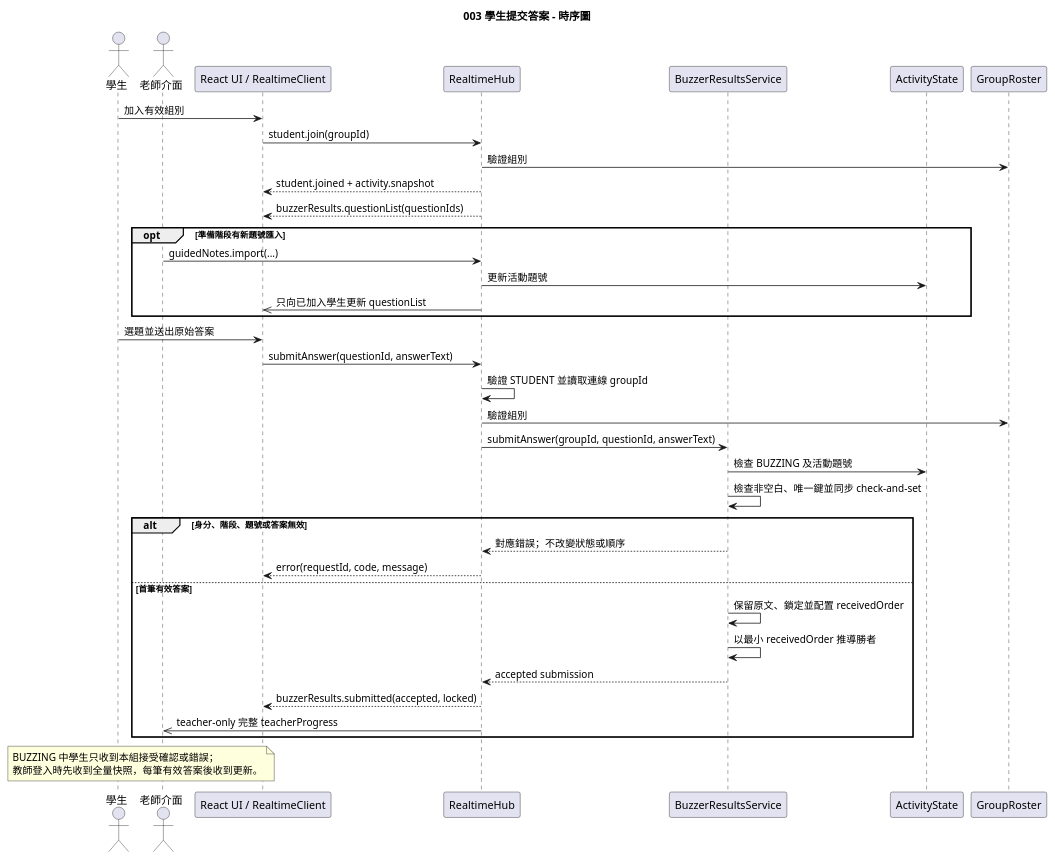
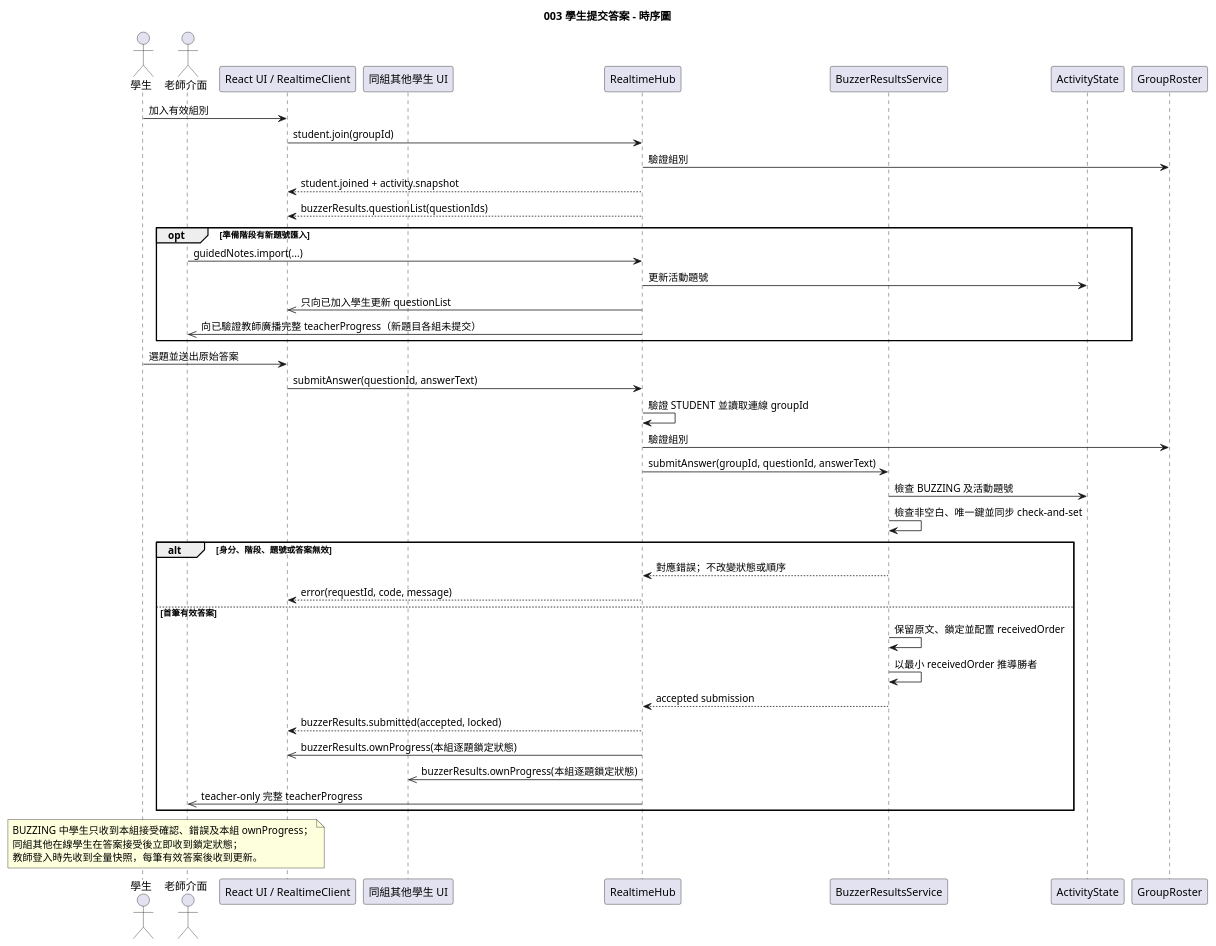
One commit to ncuyvonne/speckit-buzzer changed the diagram in diagrams/003-buzzer-results-sequence-submit.puml. Above: the diagram before and after it, drawn with PlantUML. The commit also changed 18 other files, not shown here.

```diff
--- a/diagrams/003-buzzer-results-sequence-submit.puml
+++ b/diagrams/003-buzzer-results-sequence-submit.puml
@@ -1,45 +1,50 @@
 @startuml
 title 003 學生提交答案 - 時序圖
 actor "學生" as Student
 actor "老師介面" as TeacherUI
 participant "React UI / RealtimeClient" as UI
+participant "同組其他學生 UI" as GroupUI
 participant "RealtimeHub" as Hub
 participant "BuzzerResultsService" as Results
 participant "ActivityState" as Activity
 participant "GroupRoster" as Groups
 
 Student -> UI : 加入有效組別
 UI -> Hub : student.join(groupId)
 Hub -> Groups : 驗證組別
 Hub --> UI : student.joined + activity.snapshot
 Hub --> UI : buzzerResults.questionList(questionIds)
 
 opt 準備階段有新題號匯入
   TeacherUI -> Hub : guidedNotes.import(...)
   Hub -> Activity : 更新活動題號
   Hub ->> UI : 只向已加入學生更新 questionList
+  Hub ->> TeacherUI : 向已驗證教師廣播完整 teacherProgress（新題目各組未提交）
 end
 
 Student -> UI : 選題並送出原始答案
 UI -> Hub : submitAnswer(questionId, answerText)
 Hub -> Hub : 驗證 STUDENT 並讀取連線 groupId
 Hub -> Groups : 驗證組別
 Hub -> Results : submitAnswer(groupId, questionId, answerText)
 Results -> Activity : 檢查 BUZZING 及活動題號
 Results -> Results : 檢查非空白、唯一鍵並同步 check-and-set
 alt 身分、階段、題號或答案無效
   Results --> Hub : 對應錯誤；不改變狀態或順序
   Hub --> UI : error(requestId, code, message)
 else 首筆有效答案
   Results -> Results : 保留原文、鎖定並配置 receivedOrder
   Results -> Results : 以最小 receivedOrder 推導勝者
   Results --> Hub : accepted submission
   Hub --> UI : buzzerResults.submitted(accepted, locked)
+  Hub ->> UI : buzzerResults.ownProgress(本組逐題鎖定狀態)
+  Hub ->> GroupUI : buzzerResults.ownProgress(本組逐題鎖定狀態)
   Hub ->> TeacherUI : teacher-only 完整 teacherProgress
 end
 
 note over Student,TeacherUI
-BUZZING 中學生只收到本組接受確認或錯誤；
+BUZZING 中學生只收到本組接受確認、錯誤及本組 ownProgress；
+同組其他在線學生在答案接受後立即收到鎖定狀態；
 教師登入時先收到全量快照，每筆有效答案後收到更新。
 end note
 @enduml
```
